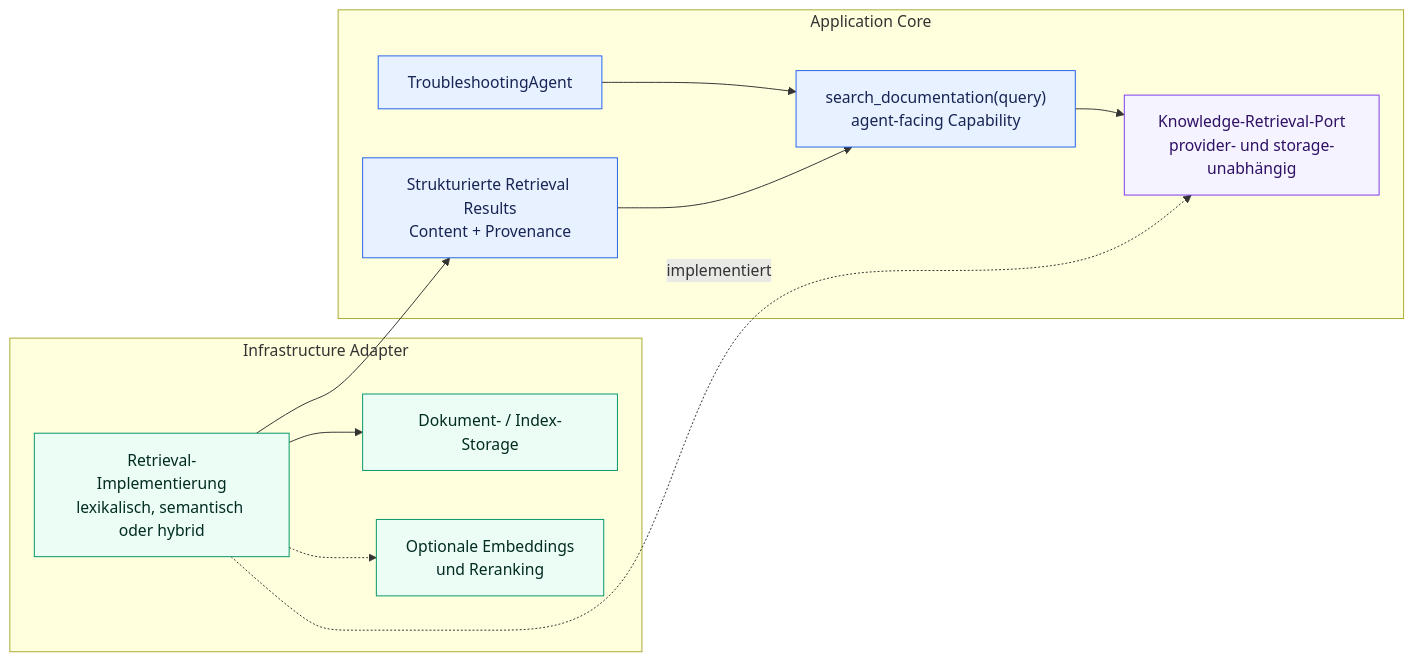
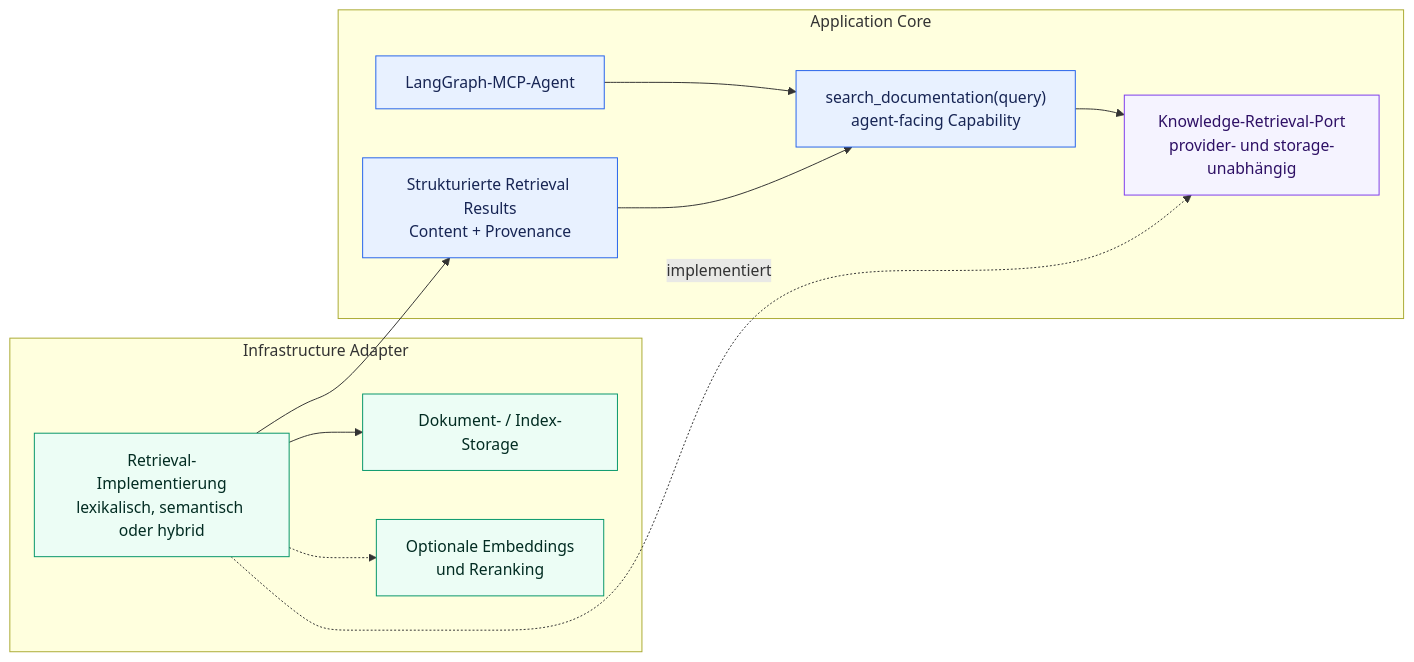
One commit to aboerzel/industrial-ai-agent changed the first of 2 diagrams in docs/decisions/ADR-006-knowledge-retrieval-and-rag-architecture.de.md. Above: the diagram before and after it, drawn with Mermaid. The commit also changed other lines of this file and 30 other files, not shown here.

````diff
--- a/docs/decisions/ADR-006-knowledge-retrieval-and-rag-architecture.de.md
+++ b/docs/decisions/ADR-006-knowledge-retrieval-and-rag-architecture.de.md
@@ -39,30 +39,30 @@
 ```mermaid
 flowchart LR
     subgraph Core["Application Core"]
-        Agent["TroubleshootingAgent"]
+        Agent["LangGraph-MCP-Agent"]
         Capability["search_documentation(query)<br/>agent-facing Capability"]
         Port["Knowledge-Retrieval-Port<br/>provider- und storage-unabhängig"]
         Result["Strukturierte Retrieval Results<br/>Content + Provenance"]
         Agent --> Capability
         Capability --> Port
         Result --> Capability
     end
 
     subgraph Infrastructure["Infrastructure Adapter"]
         Runtime["Retrieval-Implementierung<br/>lexikalisch, semantisch oder hybrid"]
         Store["Dokument- / Index-Storage"]
         Optional["Optionale Embeddings<br/>und Reranking"]
         Runtime --> Store
         Runtime -.-> Optional
     end
 
     Runtime -.->|"implementiert"| Port
     Runtime --> Result
 
     classDef core fill:#e8f1ff,stroke:#2563eb,color:#172554
     classDef port fill:#f5f3ff,stroke:#7c3aed,color:#2e1065
     classDef adapter fill:#ecfdf5,stroke:#059669,color:#022c22
     class Agent,Capability,Result core
     class Port port
     class Runtime,Store,Optional adapter
 ```
````
